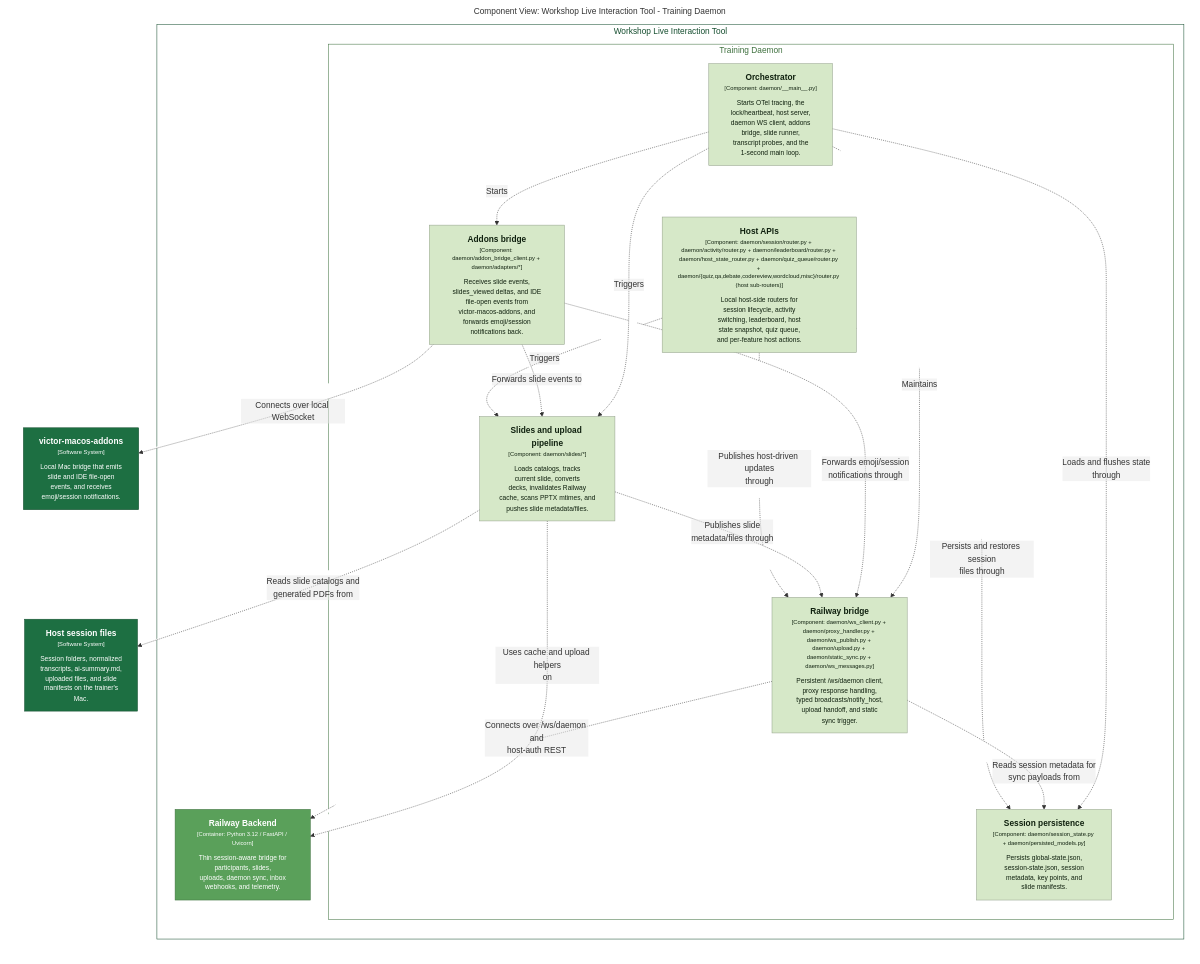
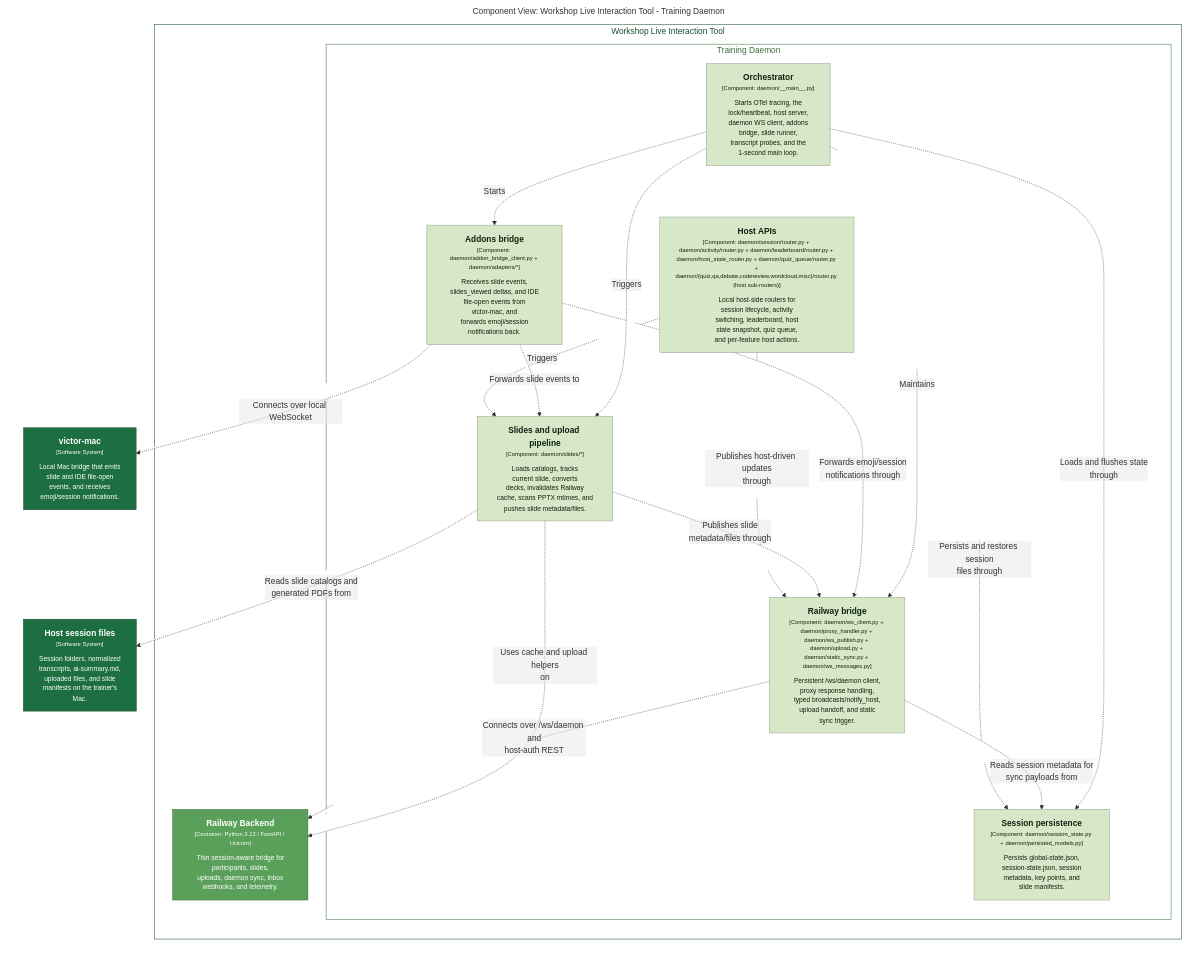
One commit to victorrentea/training-assistant changed the diagram in docs/c4views/C3-Daemon-Slides.mmd. Above: the diagram before and after it, drawn with Mermaid. The commit also changed 45 other files, not shown here.

First line of the commit message:
📦 victor-macos-addons is now victor-mac

```diff
--- a/docs/c4views/C3-Daemon-Slides.mmd
+++ b/docs/c4views/C3-Daemon-Slides.mmd
@@ -1,52 +1,52 @@
 graph LR
   linkStyle default fill:#ffffff
 
   subgraph diagram ["Component View: Workshop Live Interaction Tool - Training Daemon"]
     style diagram fill:#ffffff,stroke:#ffffff
 
-    5["<div style='font-weight: bold'>victor-macos-addons</div><div style='font-size: 70%; margin-top: 0px'>[Software System]</div><div style='font-size: 80%; margin-top:10px'>Local Mac bridge that emits<br />slide and IDE file-open<br />events, and receives<br />emoji/session notifications.</div>"]
+    5["<div style='font-weight: bold'>victor-mac</div><div style='font-size: 70%; margin-top: 0px'>[Software System]</div><div style='font-size: 80%; margin-top:10px'>Local Mac bridge that emits<br />slide and IDE file-open<br />events, and receives<br />emoji/session notifications.</div>"]
     style 5 fill:#1d6f42,stroke:#144d2e,color:#ffffff
     9["<div style='font-weight: bold'>Host session files</div><div style='font-size: 70%; margin-top: 0px'>[Software System]</div><div style='font-size: 80%; margin-top:10px'>Session folders, normalized<br />transcripts, ai-summary.md,<br />uploaded files, and slide<br />manifests on the trainer's<br />Mac.</div>"]
     style 9 fill:#1d6f42,stroke:#144d2e,color:#ffffff
 
     subgraph 11 ["Workshop Live Interaction Tool"]
       style 11 fill:#ffffff,stroke:#144d2e,color:#144d2e
 
       subgraph 24 ["Training Daemon"]
         style 24 fill:#ffffff,stroke:#3e703e,color:#3e703e
 
         25["<div style='font-weight: bold'>Orchestrator</div><div style='font-size: 70%; margin-top: 0px'>[Component: daemon/__main__.py]</div><div style='font-size: 80%; margin-top:10px'>Starts OTel tracing, the<br />lock/heartbeat, host server,<br />daemon WS client, addons<br />bridge, slide runner,<br />transcript probes, and the<br />1-second main loop.</div>"]
         style 25 fill:#d6e8c8,stroke:#95a28c,color:#10210f
         28["<div style='font-weight: bold'>Host APIs</div><div style='font-size: 70%; margin-top: 0px'>[Component: daemon/session/router.py + daemon/activity/router.py + daemon/leaderboard/router.py + daemon/host_state_router.py + daemon/quiz_queue/router.py + daemon/{quiz,qa,debate,codereview,wordcloud,misc}/router.py (host sub-routers)]</div><div style='font-size: 80%; margin-top:10px'>Local host-side routers for<br />session lifecycle, activity<br />switching, leaderboard, host<br />state snapshot, quiz queue,<br />and per-feature host actions.</div>"]
         style 28 fill:#d6e8c8,stroke:#95a28c,color:#10210f
         31["<div style='font-weight: bold'>Railway bridge</div><div style='font-size: 70%; margin-top: 0px'>[Component: daemon/ws_client.py + daemon/proxy_handler.py + daemon/ws_publish.py + daemon/upload.py + daemon/static_sync.py + daemon/ws_messages.py]</div><div style='font-size: 80%; margin-top:10px'>Persistent /ws/daemon client,<br />proxy response handling,<br />typed broadcasts/notify_host,<br />upload handoff, and static<br />sync trigger.</div>"]
         style 31 fill:#d6e8c8,stroke:#95a28c,color:#10210f
         32["<div style='font-weight: bold'>Session persistence</div><div style='font-size: 70%; margin-top: 0px'>[Component: daemon/session_state.py + daemon/persisted_models.py]</div><div style='font-size: 80%; margin-top:10px'>Persists global-state.json,<br />session-state.json, session<br />metadata, key points, and<br />slide manifests.</div>"]
         style 32 fill:#d6e8c8,stroke:#95a28c,color:#10210f
         36["<div style='font-weight: bold'>Slides and upload pipeline</div><div style='font-size: 70%; margin-top: 0px'>[Component: daemon/slides/*]</div><div style='font-size: 80%; margin-top:10px'>Loads catalogs, tracks<br />current slide, converts<br />decks, invalidates Railway<br />cache, scans PPTX mtimes, and<br />pushes slide metadata/files.</div>"]
         style 36 fill:#d6e8c8,stroke:#95a28c,color:#10210f
-        37["<div style='font-weight: bold'>Addons bridge</div><div style='font-size: 70%; margin-top: 0px'>[Component: daemon/addon_bridge_client.py + daemon/adapters/*]</div><div style='font-size: 80%; margin-top:10px'>Receives slide events,<br />slides_viewed deltas, and IDE<br />file-open events from<br />victor-macos-addons, and<br />forwards emoji/session<br />notifications back.</div>"]
+        37["<div style='font-weight: bold'>Addons bridge</div><div style='font-size: 70%; margin-top: 0px'>[Component: daemon/addon_bridge_client.py + daemon/adapters/*]</div><div style='font-size: 80%; margin-top:10px'>Receives slide events,<br />slides_viewed deltas, and IDE<br />file-open events from<br />victor-mac, and<br />forwards emoji/session<br />notifications back.</div>"]
         style 37 fill:#d6e8c8,stroke:#95a28c,color:#10210f
       end
 
       14["<div style='font-weight: bold'>Railway Backend</div><div style='font-size: 70%; margin-top: 0px'>[Container: Python 3.12 / FastAPI / Uvicorn]</div><div style='font-size: 80%; margin-top:10px'>Thin session-aware bridge for<br />participants, slides,<br />uploads, daemon sync, inbox<br />webhooks, and telemetry.</div>"]
       style 14 fill:#5aa05a,stroke:#3e703e,color:#ffffff
     end
 
     25-. "<div>Starts</div><div style='font-size: 70%'></div>" .->37
     28-. "<div>Publishes host-driven updates<br />through</div><div style='font-size: 70%'></div>" .->31
     28-. "<div>Persists and restores session<br />files through</div><div style='font-size: 70%'></div>" .->32
     28-. "<div>Triggers</div><div style='font-size: 70%'></div>" .->36
     31-. "<div>Connects over /ws/daemon and<br />host-auth REST</div><div style='font-size: 70%'></div>" .->14
     31-. "<div>Reads session metadata for<br />sync payloads from</div><div style='font-size: 70%'></div>" .->32
     36-. "<div>Reads slide catalogs and<br />generated PDFs from</div><div style='font-size: 70%'></div>" .->9
     36-. "<div>Publishes slide<br />metadata/files through</div><div style='font-size: 70%'></div>" .->31
     36-. "<div>Uses cache and upload helpers<br />on</div><div style='font-size: 70%'></div>" .->14
     37-. "<div>Connects over local WebSocket</div><div style='font-size: 70%'></div>" .->5
     37-. "<div>Forwards slide events to</div><div style='font-size: 70%'></div>" .->36
     37-. "<div>Forwards emoji/session<br />notifications through</div><div style='font-size: 70%'></div>" .->31
     25-. "<div>Maintains</div><div style='font-size: 70%'></div>" .->31
     25-. "<div>Loads and flushes state<br />through</div><div style='font-size: 70%'></div>" .->32
     25-. "<div>Triggers</div><div style='font-size: 70%'></div>" .->36
 
   end
```
